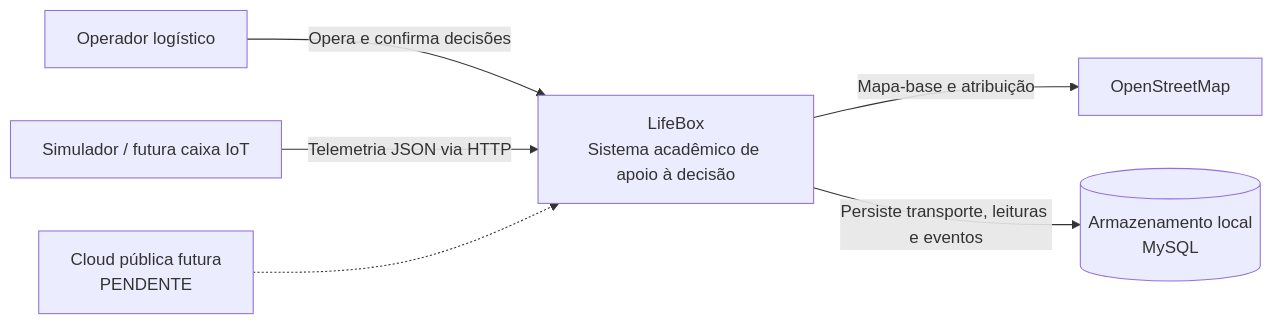
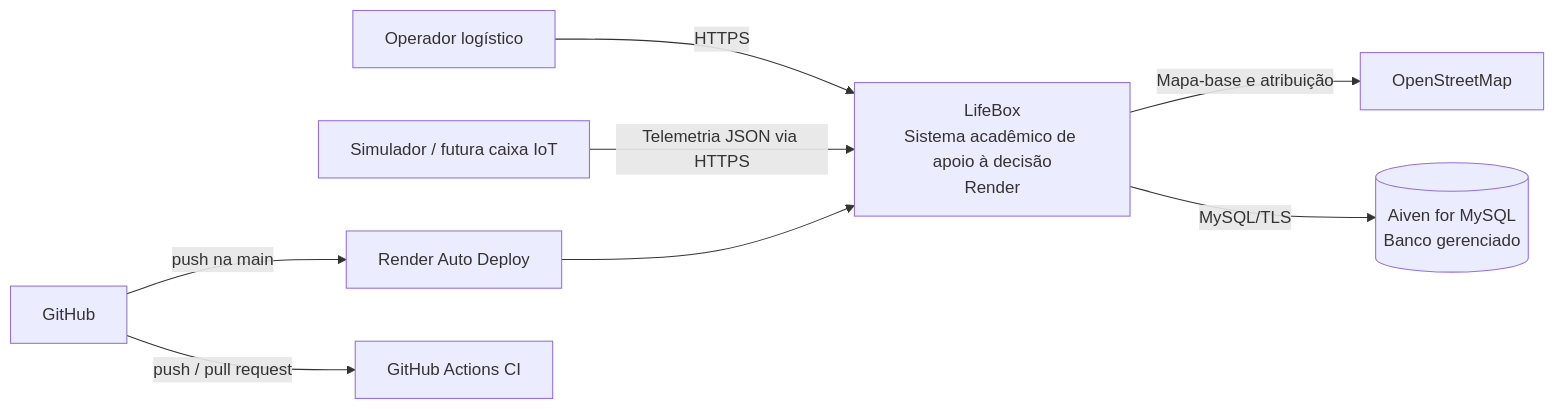
The first of 4 diagrams in docs/architecture.md (sandrozdb/lifebox-smart-organ-transport), drawn with Mermaid before and after one commit. The commit also changed other lines of this file and 13 other files, not shown here.

````diff
--- a/docs/architecture.md
+++ b/docs/architecture.md
@@ -7,8 +7,10 @@
 ```mermaid
 flowchart LR
-  OP[Operador logístico] -->|Opera e confirma decisões| LB[LifeBox\nSistema acadêmico de apoio à decisão]
-  SIM[Simulador / futura caixa IoT] -->|Telemetria JSON via HTTP| LB
+  OP[Operador logístico] -->|HTTPS| LB[LifeBox\nSistema acadêmico de apoio à decisão\nRender]
+  SIM[Simulador / futura caixa IoT] -->|Telemetria JSON via HTTPS| LB
   LB -->|Mapa-base e atribuição| OSM[OpenStreetMap]
-  LB -->|Persiste transporte, leituras e eventos| DATA[(Armazenamento local\nMySQL)]
-  CLOUD[Cloud pública futura\nPENDENTE] -.-> LB
+  LB -->|MySQL/TLS| DATA[(Aiven for MySQL\nBanco gerenciado)]
+  GH[GitHub] -->|push na main| RENDER[Render Auto Deploy]
+  GH -->|push / pull request| CI[GitHub Actions CI]
+  RENDER --> LB
 ```
````
